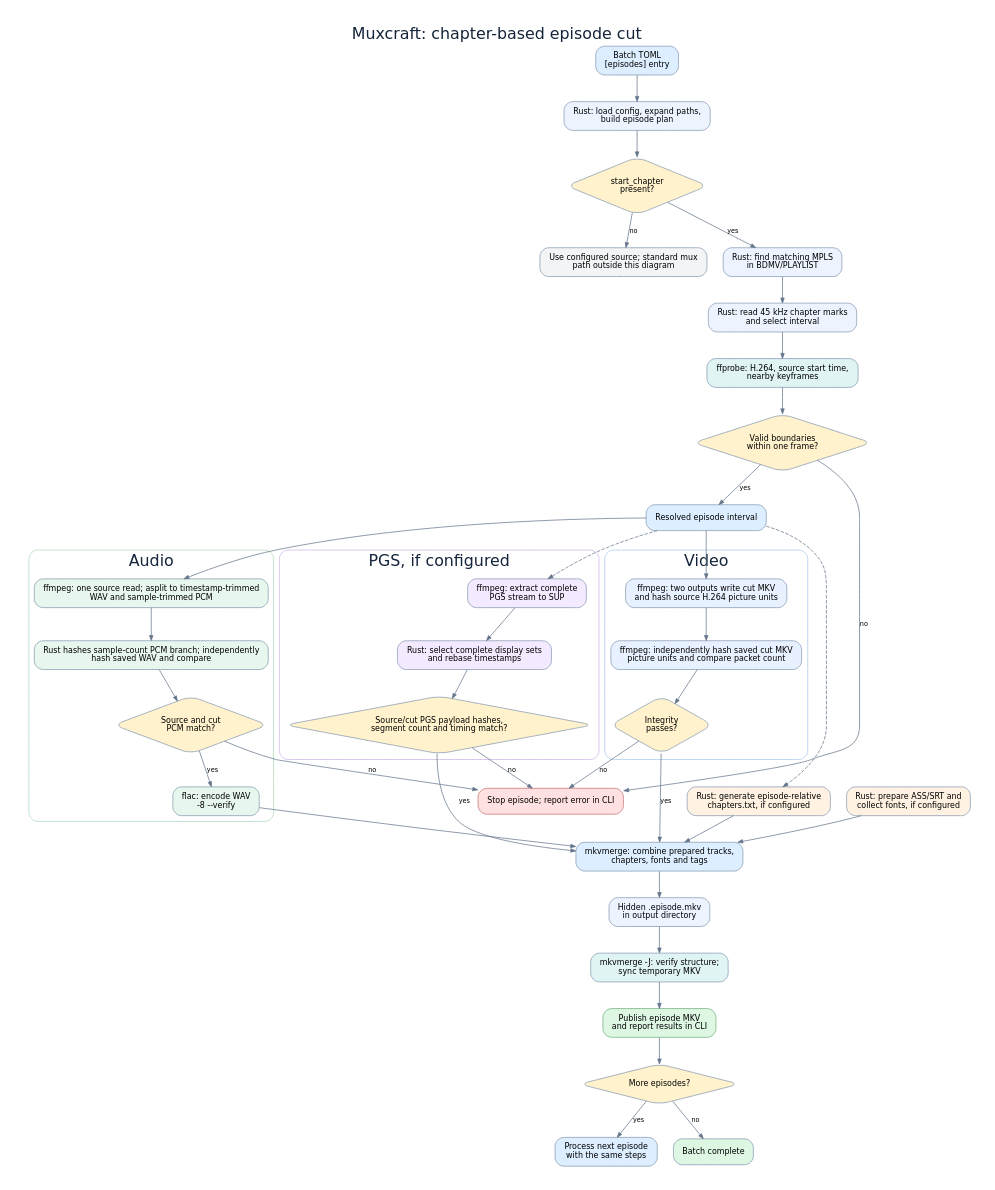
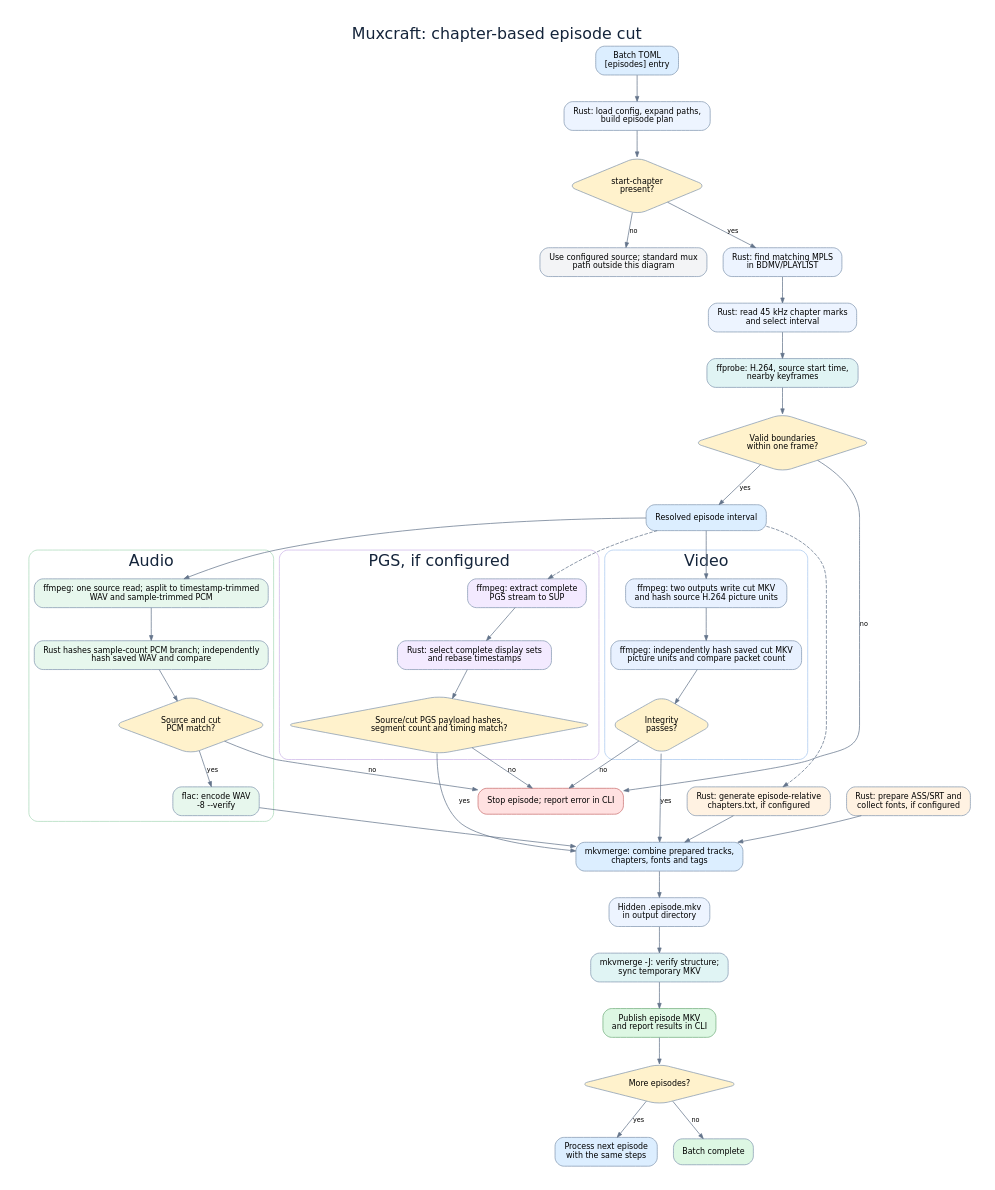
The diagram in docs/chapter-cut-flow.dot (IncYami/muxcraft), drawn with Graphviz before and after one commit. The commit also changed 11 other files, not shown here.

```diff
--- a/docs/chapter-cut-flow.dot
+++ b/docs/chapter-cut-flow.dot
@@ -1,72 +1,72 @@
 digraph ChapterCutFlow {
   graph [rankdir=TB, bgcolor="white", pad="0.35", nodesep="0.3", ranksep="0.48", fontname="DejaVu Sans", label="Muxcraft: chapter-based episode cut", labelloc=t, fontsize=22, fontcolor="#14243a"];
   node [shape=box, style="rounded,filled", fillcolor="#edf4ff", color="#8297b0", fontname="DejaVu Sans", fontsize=11, margin="0.17,0.11"];
   edge [color="#64748b", arrowsize=0.7, fontname="DejaVu Sans", fontsize=9];
 
   toml [label="Batch TOML\n[episodes] entry", fillcolor="#dceeff"];
   plan [label="Rust: load config, expand paths,\nbuild episode plan"];
-  cut [shape=diamond, label="start_chapter\npresent?", fillcolor="#fff2cc"];
+  cut [shape=diamond, label="start-chapter\npresent?", fillcolor="#fff2cc"];
   no_cut [label="Use configured source; standard mux\npath outside this diagram", fillcolor="#f3f4f6"];
   discover [label="Rust: find matching MPLS\nin BDMV/PLAYLIST"];
   marks [label="Rust: read 45 kHz chapter marks\nand select interval"];
   probe [label="ffprobe: H.264, source start time,\nnearby keyframes", fillcolor="#e0f4f4"];
   bounds [shape=diamond, label="Valid boundaries\nwithin one frame?", fillcolor="#fff2cc"];
   interval [label="Resolved episode interval", fillcolor="#dceeff"];
   error [label="Stop episode; report error in CLI", fillcolor="#ffe1e1", color="#c76d6d"];
 
   subgraph cluster_video {
     label="Video"; color="#a8c8ef"; style="rounded"; fontname="DejaVu Sans";
     video [label="ffmpeg: two outputs write cut MKV\nand hash source H.264 picture units", fillcolor="#e8f1ff"];
     video_hash [label="ffmpeg: independently hash saved cut MKV\npicture units and compare packet count", fillcolor="#e8f1ff"];
     video_ok [shape=diamond, label="Integrity\npasses?", fillcolor="#fff2cc"];
     video -> video_hash -> video_ok;
   }
   subgraph cluster_audio {
     label="Audio"; color="#a9d8b8"; style="rounded"; fontname="DejaVu Sans";
     audio [label="ffmpeg: one source read; asplit to timestamp-trimmed\nWAV and sample-trimmed PCM", fillcolor="#e7f7ed"];
     audio_hash [label="Rust hashes sample-count PCM branch; independently\nhash saved WAV and compare", fillcolor="#e7f7ed"];
     audio_ok [shape=diamond, label="Source and cut\nPCM match?", fillcolor="#fff2cc"];
     flac [label="flac: encode WAV\n-8 --verify", fillcolor="#e7f7ed"];
     audio -> audio_hash -> audio_ok;
     audio_ok -> flac [label="yes"];
   }
   subgraph cluster_pgs {
     label="PGS, if configured"; color="#ccb4e8"; style="rounded"; fontname="DejaVu Sans";
     pgs [label="ffmpeg: extract complete\nPGS stream to SUP", fillcolor="#f3eaff"];
     pgs_cut [label="Rust: select complete display sets\nand rebase timestamps", fillcolor="#f3eaff"];
     pgs_hash [shape=diamond, label="Source/cut PGS payload hashes,\nsegment count and timing match?", fillcolor="#fff2cc"];
     pgs -> pgs_cut -> pgs_hash;
   }
   chapter [label="Rust: generate episode-relative\nchapters.txt, if configured", fillcolor="#fff2e2"];
   text [label="Rust: prepare ASS/SRT and\ncollect fonts, if configured", fillcolor="#fff2e2"];
   mux [label="mkvmerge: combine prepared tracks,\nchapters, fonts and tags", fillcolor="#dceeff"];
   partial [label="Hidden .episode.mkv\nin output directory"];
   verify [label="mkvmerge -J: verify structure;\nsync temporary MKV", fillcolor="#e0f4f4"];
   output [label="Publish episode MKV\nand report results in CLI", fillcolor="#ddf7e3", color="#72ad7d"];
   next [shape=diamond, label="More episodes?", fillcolor="#fff2cc"];
   repeat [label="Process next episode\nwith the same steps", fillcolor="#dceeff"];
   done [label="Batch complete", fillcolor="#ddf7e3"];
 
   toml -> plan -> cut;
   cut -> no_cut [label="no"];
   cut -> discover [label="yes"];
   discover -> marks -> probe -> bounds;
   bounds -> error [label="no"];
   bounds -> interval [label="yes"];
   interval -> video;
   interval -> audio;
   interval -> pgs [style=dashed];
   interval -> chapter [style=dashed];
   video_ok -> error [label="no"];
   audio_ok -> error [label="no"];
   video_ok -> mux [label="yes"];
   flac -> mux;
   pgs_hash -> error [label="no"];
   pgs_hash -> mux [label="yes"];
   chapter -> mux;
   text -> mux;
   mux -> partial -> verify -> output;
   output -> next;
   next -> done [label="no"];
   next -> repeat [label="yes"];
 }
```
